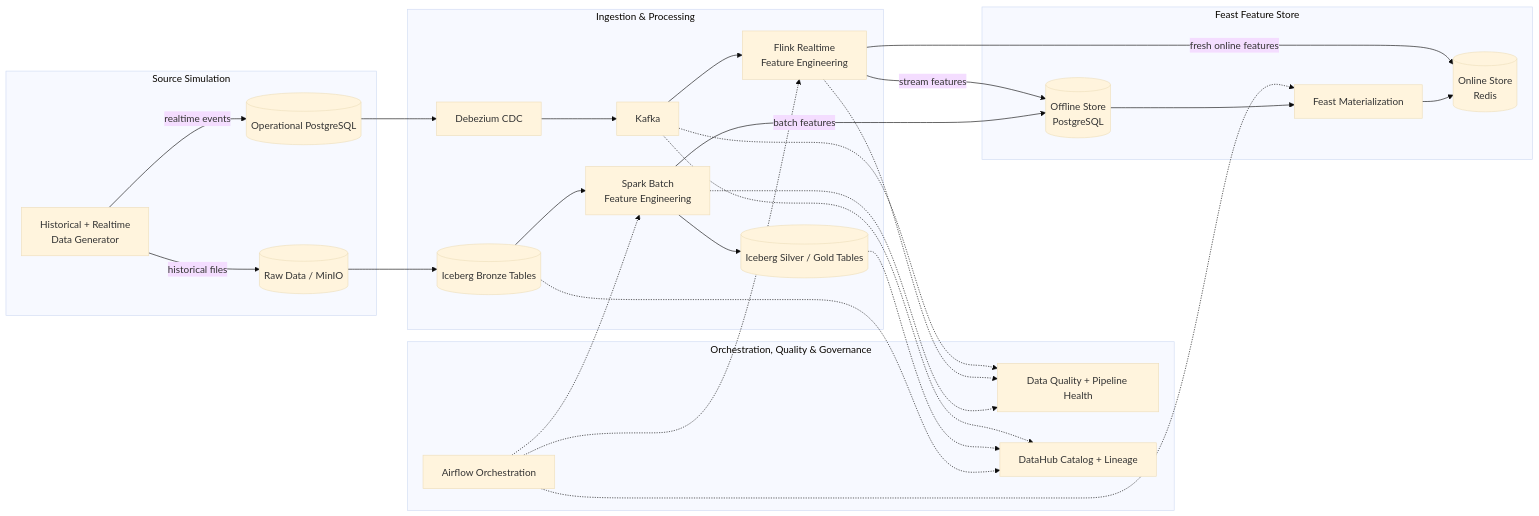
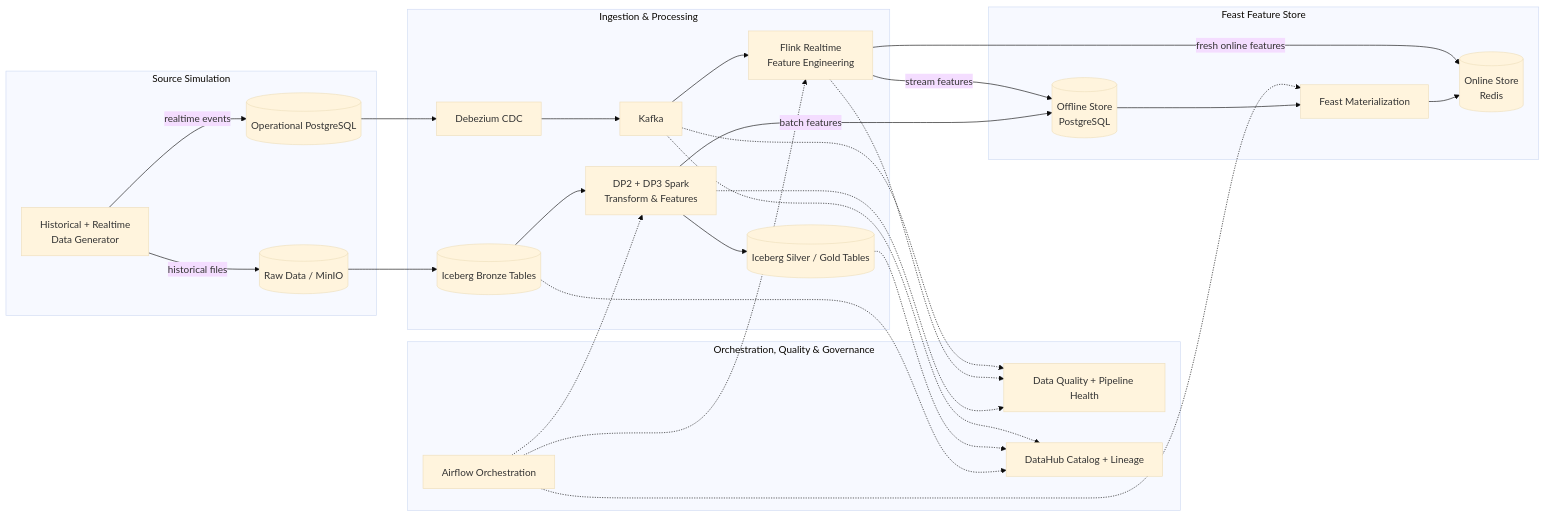
The third of 4 diagrams in README.md (itsmekhoathekid/RecSys-MLops), drawn with Mermaid (base theme) before and after one commit. The commit also changed other lines of this file and 89 other files, not shown here.

````diff
--- a/README.md
+++ b/README.md
@@ -374,50 +200,50 @@
 ```mermaid
 flowchart LR
   subgraph Sources["Source Simulation"]
     Generator["Historical + Realtime<br/>Data Generator"]
     SourceDB[("Operational PostgreSQL")]
     Raw[("Raw Data / MinIO")]
     Generator -->|historical files| Raw
     Generator -->|realtime events| SourceDB
   end
 
   subgraph Processing["Ingestion & Processing"]
     Debezium["Debezium CDC"]
     Kafka["Kafka"]
     BronzeLake[("Iceberg Bronze Tables")]
-    Spark["Spark Batch<br/>Feature Engineering"]
+    Spark["DP2 + DP3 Spark<br/>Transform & Features"]
     SilverGoldLake[("Iceberg Silver / Gold Tables")]
     Flink["Flink Realtime<br/>Feature Engineering"]
 
     Raw --> BronzeLake --> Spark --> SilverGoldLake
     SourceDB --> Debezium --> Kafka --> Flink
   end
 
   subgraph Features["Feast Feature Store"]
     Offline[("Offline Store<br/>PostgreSQL")]
     Materialize["Feast Materialization"]
     Online[("Online Store<br/>Redis")]
 
     Offline --> Materialize --> Online
   end
 
   Spark -->|batch features| Offline
   Flink -->|stream features| Offline
   Flink -->|fresh online features| Online
 
   subgraph Control["Orchestration, Quality & Governance"]
     Airflow["Airflow Orchestration"]
     DataChecks["Data Quality + Pipeline Health"]
     DataHub["DataHub Catalog + Lineage"]
   end
 
   Airflow -.-> Spark
   Airflow -.-> Flink
   Airflow -.-> Materialize
   Spark -.-> DataChecks
   Flink -.-> DataChecks
   Kafka -.-> DataChecks
   BronzeLake -.-> DataHub
   SilverGoldLake -.-> DataHub
   Kafka -.-> DataHub
 ```
````
